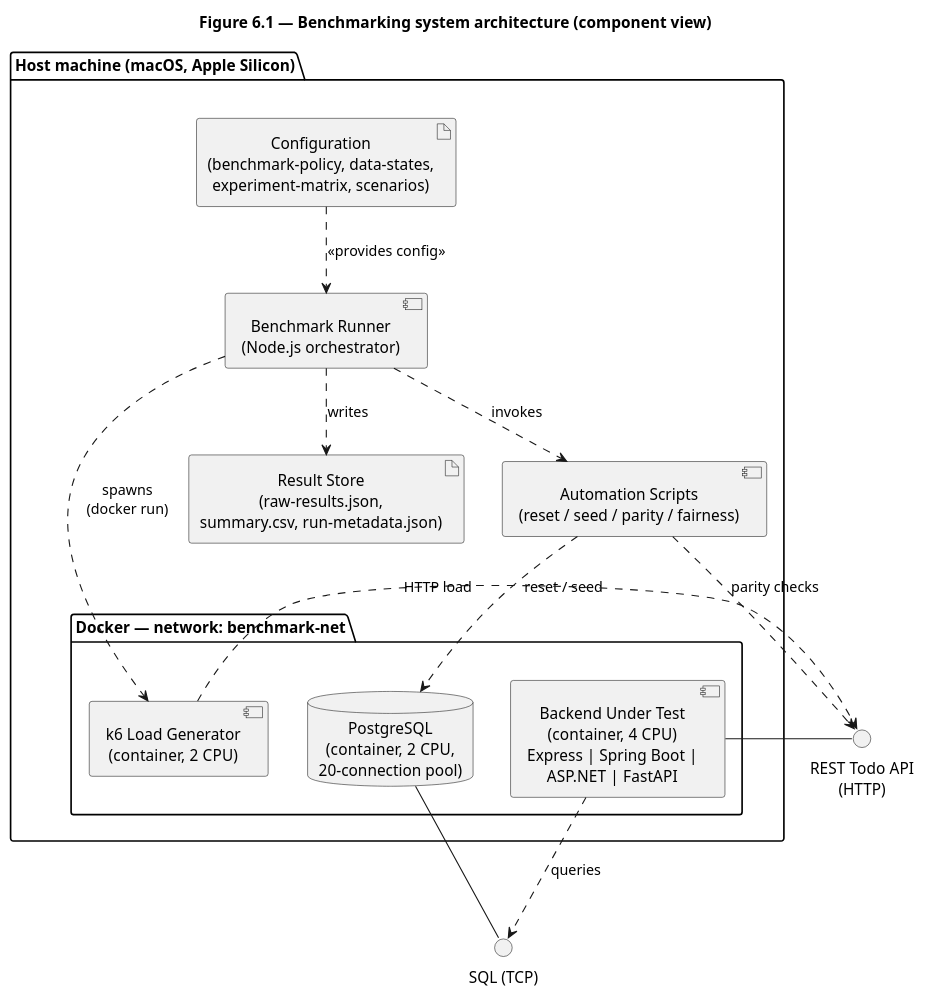
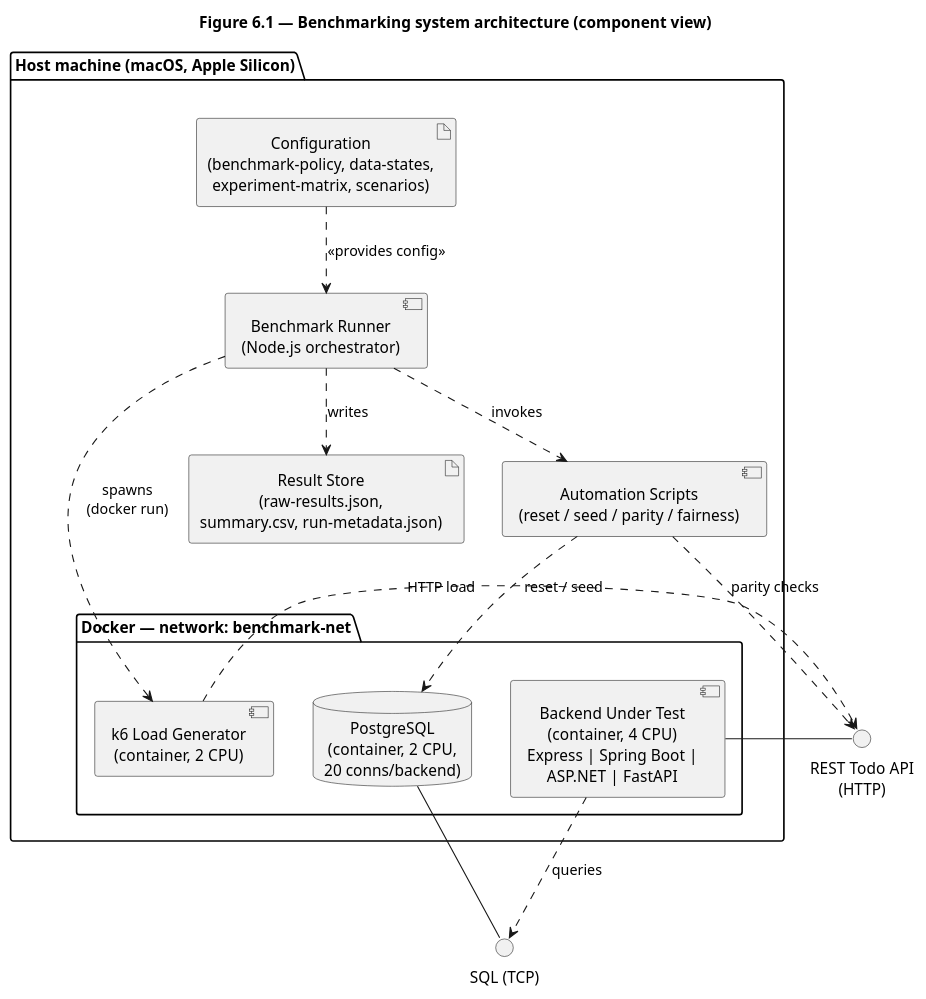
The diagram in docs/diagrams/architecture-component.puml (Punschkrapferl/benchmark-thesis), drawn with PlantUML before and after one commit. The commit also changed 11 other files, not shown here.

```diff
--- a/docs/diagrams/architecture-component.puml
+++ b/docs/diagrams/architecture-component.puml
@@ -1,40 +1,40 @@
 @startuml architecture-component
 ' Figure 6.1 - Benchmarking system architecture (UML component view)
 ' Render: plantuml docs/diagrams/architecture-component.puml
 skinparam componentStyle uml2
 skinparam defaultTextAlignment center
 skinparam shadowing false
 title Figure 6.1 — Benchmarking system architecture (component view)
 
 package "Host machine (macOS, Apple Silicon)" {
 
   artifact "Configuration\n(benchmark-policy, data-states,\nexperiment-matrix, scenarios)" as Config
   component "Benchmark Runner\n(Node.js orchestrator)" as Runner
   component "Automation Scripts\n(reset / seed / parity / fairness)" as Scripts
   artifact "Result Store\n(raw-results.json,\nsummary.csv, run-metadata.json)" as Results
 
   package "Docker — network: benchmark-net" {
     component "k6 Load Generator\n(container, 2 CPU)" as K6
     component "Backend Under Test\n(container, 4 CPU)\nExpress | Spring Boot |\nASP.NET | FastAPI" as Backend
-    database "PostgreSQL\n(container, 2 CPU,\n20-connection pool)" as PG
+    database "PostgreSQL\n(container, 2 CPU,\n20 conns/backend)" as PG
   }
 }
 
 ' Provided interfaces (lollipops)
 interface "REST Todo API\n(HTTP)" as API
 interface "SQL (TCP)" as SQL
 
 Backend -up- API
 PG -up- SQL
 
 ' Required interfaces / dependencies
 Config ..> Runner : <<provides config>>
 Runner ..> K6 : spawns\n(docker run)
 Runner ..> Scripts : invokes
 Runner ..> Results : writes
 Scripts ..> API : parity checks
 Scripts ..> PG : reset / seed
 K6 ..> API : HTTP load
 Backend ..> SQL : queries
 
 @enduml
```
